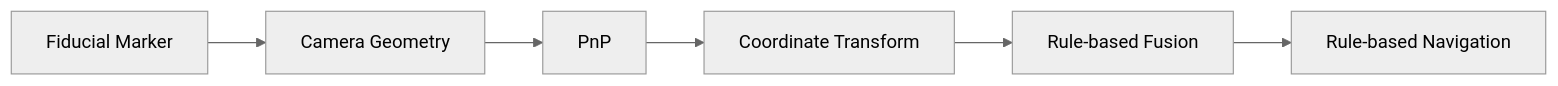
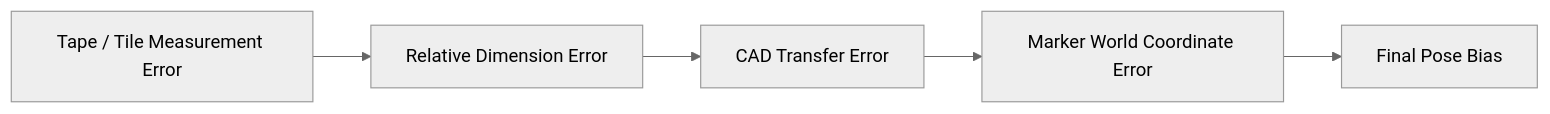
Before and after one commit to JIWOO1127/machine-vision1: the tenth of 20 diagrams in ArUco/README.md, drawn with Mermaid (neutral theme). The commit also changed other lines of this file, not shown here.

Commit message:
Update ArUco localization and navigation V7

````diff
--- a/ArUco/README.md
+++ b/ArUco/README.md
@@ -718,8 +673,7 @@
 ```mermaid
 flowchart LR
-    A["Fiducial Marker"] --> B["Camera Geometry"]
-    B --> C["PnP"]
-    C --> D["Coordinate Transform"]
-    D --> E["Rule-based Fusion"]
-    E --> F["Rule-based Navigation"]
+    T["Tape / Tile Measurement Error"] --> R["Relative Dimension Error"]
+    R --> C["CAD Transfer Error"]
+    C --> M["Marker World Coordinate Error"]
+    M --> P["Final Pose Bias"]
 ```
````
